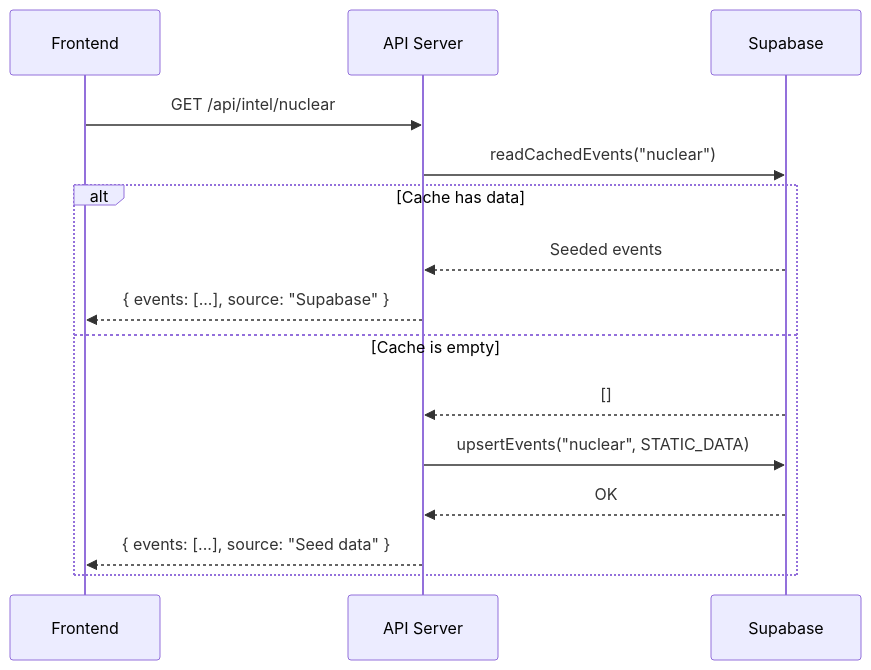
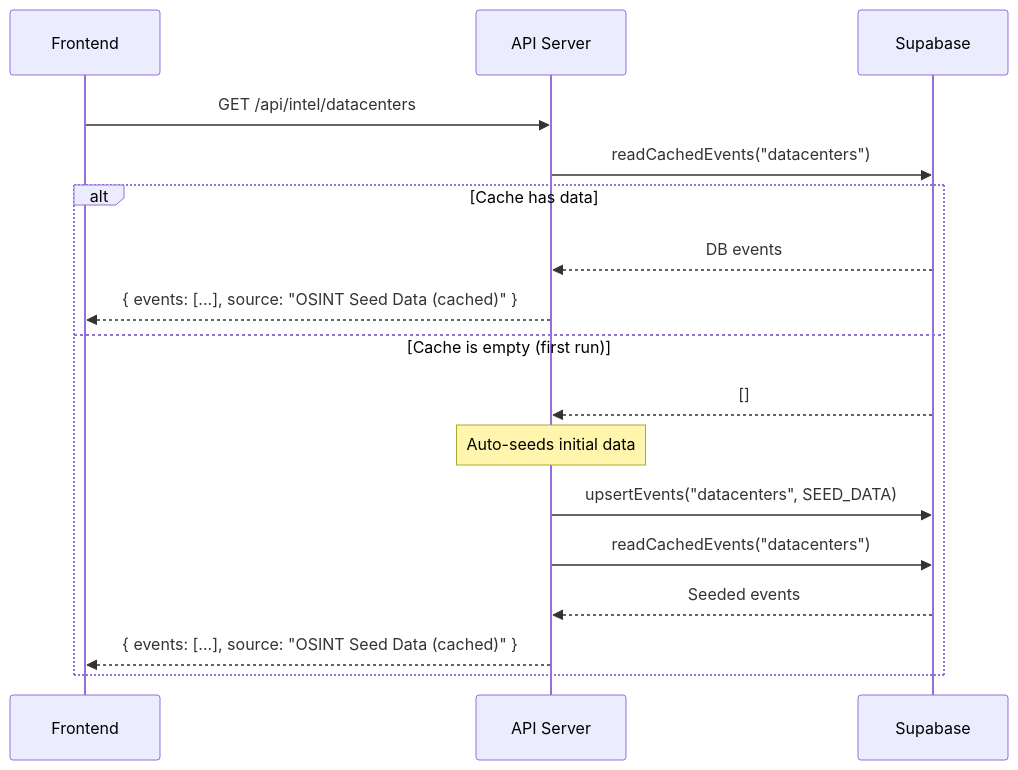
The third of 6 diagrams in README.md (Vince0028/aerial-intel), drawn with Mermaid before and after one commit. The commit also changed other lines of this file and 32 other files, not shown here.

First line of the commit message:
Add new routes for external data sources: OONI incidents, USGS earthquakes, weather events, threat intelligence, and summarization API

````diff
--- a/README.md
+++ b/README.md
@@ -108,19 +114,21 @@
 ```mermaid
 sequenceDiagram
     participant FE as Frontend
     participant API as API Server
     participant SB as Supabase
 
-    FE->>API: GET /api/intel/nuclear
-    API->>SB: readCachedEvents("nuclear")
+    FE->>API: GET /api/intel/datacenters
+    API->>SB: readCachedEvents("datacenters")
 
     alt Cache has data
+        SB-->>API: DB events
+        API-->>FE: { events: [...], source: "OSINT Seed Data (cached)" }
+    else Cache is empty (first run)
+        SB-->>API: []
+        Note over API: Auto-seeds initial data
+        API->>SB: upsertEvents("datacenters", SEED_DATA)
+        API->>SB: readCachedEvents("datacenters")
         SB-->>API: Seeded events
-        API-->>FE: { events: [...], source: "Supabase" }
-    else Cache is empty
-        SB-->>API: []
-        API->>SB: upsertEvents("nuclear", STATIC_DATA)
-        SB-->>API: OK
-        API-->>FE: { events: [...], source: "Seed data" }
+        API-->>FE: { events: [...], source: "OSINT Seed Data (cached)" }
     end
 ```
````
